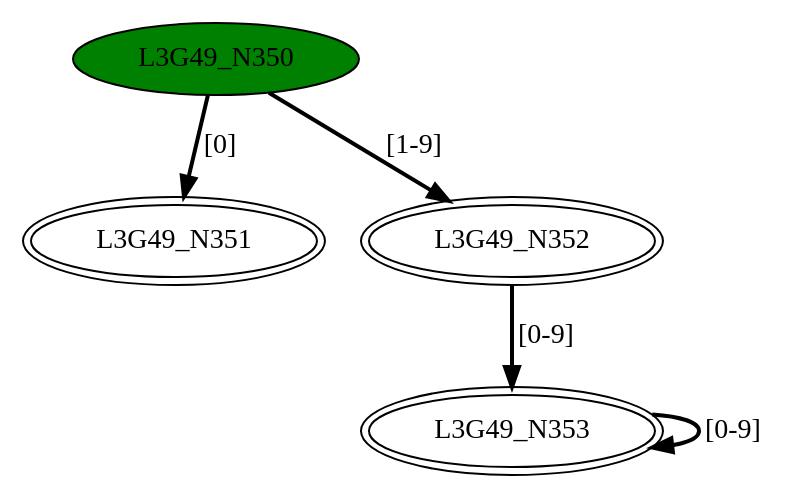
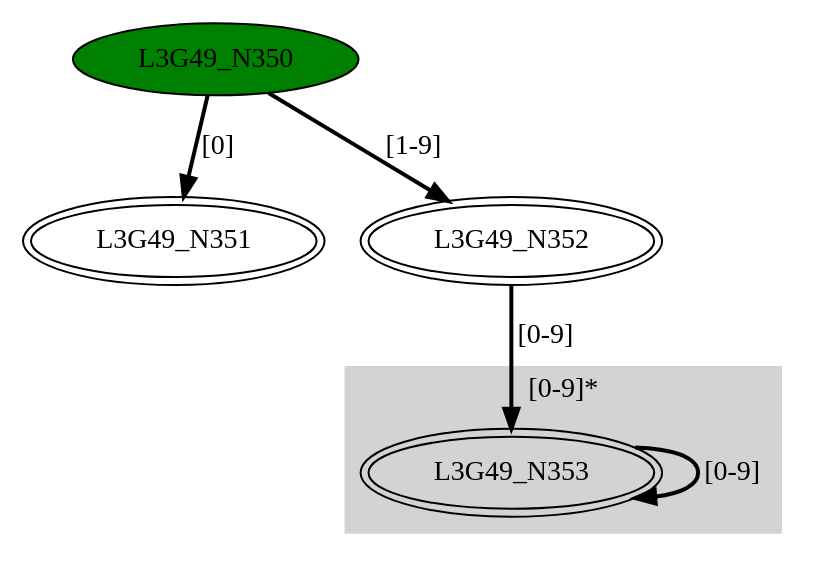
Before and after one commit to GDimitroulakos/EDUFLEX: the diagram in DFASimulator/Testbench/mergeDFA3.dot, drawn with Graphviz. The commit also changed 24 other files, not shown here.

```diff
--- a/DFASimulator/Testbench/mergeDFA3.dot
+++ b/DFASimulator/Testbench/mergeDFA3.dot
@@ -1,10 +1,16 @@
 digraph G49{
-"L3G49_N350" [style=filled,fillcolor=green];
+	subgraph cluster3 {
+		node [style=filled];
+		style=filled;
+		color=lightgrey;
+		label ="[0-9]*";
+		L3G49_N353;
+	}"L3G49_N350" [style=filled,fillcolor=green];
 "L3G49_N351" [peripheries=2];
 "L3G49_N352" [peripheries=2];
 "L3G49_N353" [peripheries=2];
 "L3G49_N350"->"L3G49_N351" [style = bold, label = "[0]"];
 "L3G49_N350"->"L3G49_N352" [style = bold, label = "[1-9]"];
 "L3G49_N352"->"L3G49_N353" [style = bold, label = "[0-9]"];
 "L3G49_N353"->"L3G49_N353" [style = bold, label = "[0-9]"];
 }
```
